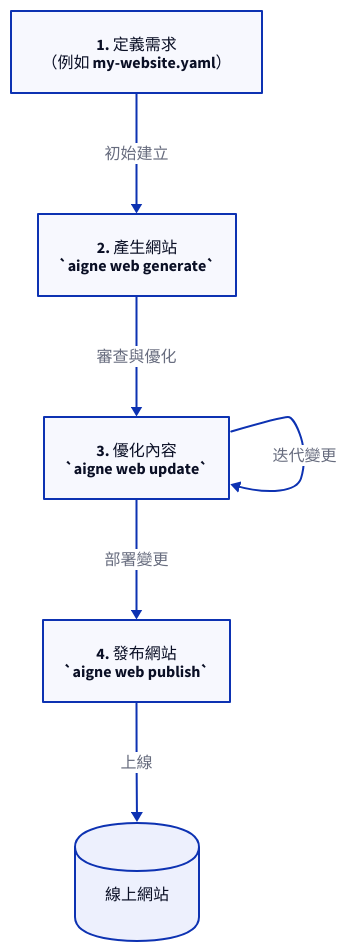
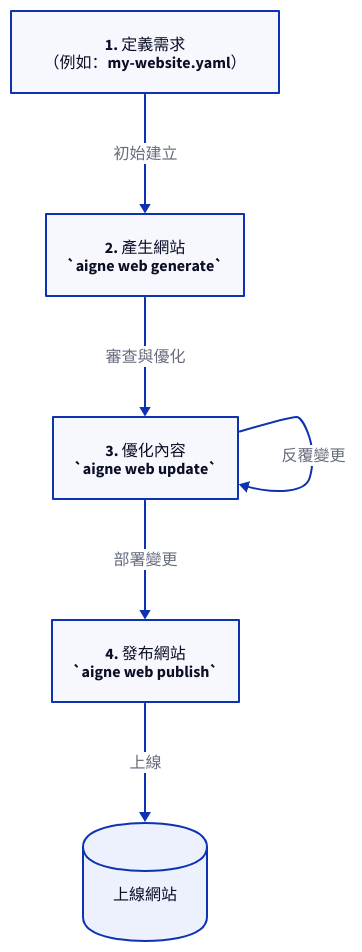
Before and after one commit to AIGNE-io/aigne-web-smith: the diagram in .aigne/doc-smith/docs/core-tasks.zh-TW.md, drawn with D2. The commit also changed other lines of this file and 90 other files, not shown here.

````diff
--- a/.aigne/doc-smith/docs/core-tasks.zh-TW.md
+++ b/.aigne/doc-smith/docs/core-tasks.zh-TW.md
@@ -11,34 +11,34 @@
 ```d2
 direction: down
 
 config: {
-  label: "1. 定義需求\n（例如 my-website.yaml）"
+  label: "1. 定義需求\n（例如：my-website.yaml）"
   shape: rectangle
 }
 
 generate: {
   label: "2. 產生網站\n`aigne web generate`"
   shape: rectangle
 }
 
 update: {
   label: "3. 優化內容\n`aigne web update`"
   shape: rectangle
 }
 
 publish: {
   label: "4. 發布網站\n`aigne web publish`"
   shape: rectangle
 }
 
 live_site: {
-  label: "線上網站"
+  label: "上線網站"
   shape: cylinder
 }
 
 config -> generate: "初始建立"
 generate -> update: "審查與優化"
-update -> update: "迭代變更"
+update -> update: "反覆變更"
 update -> publish: "部署變更"
 publish -> live_site: "上線"
 ```
````
